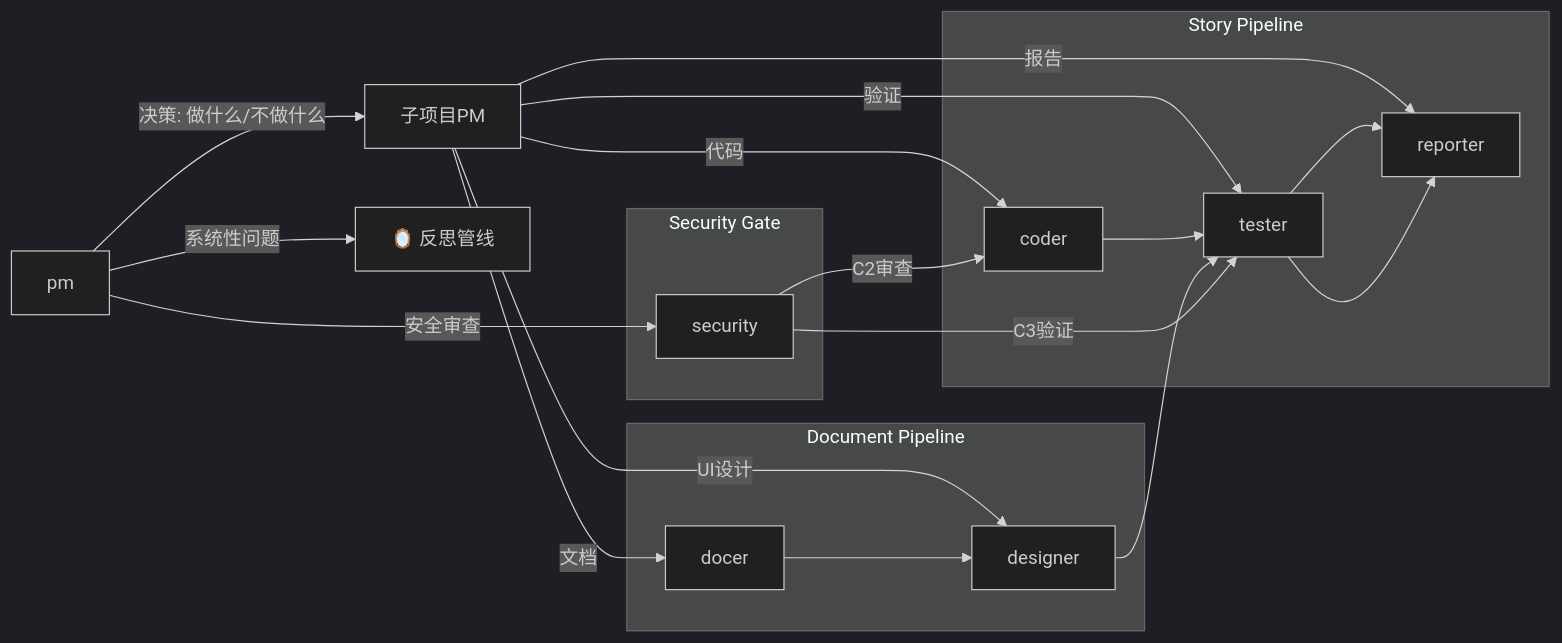
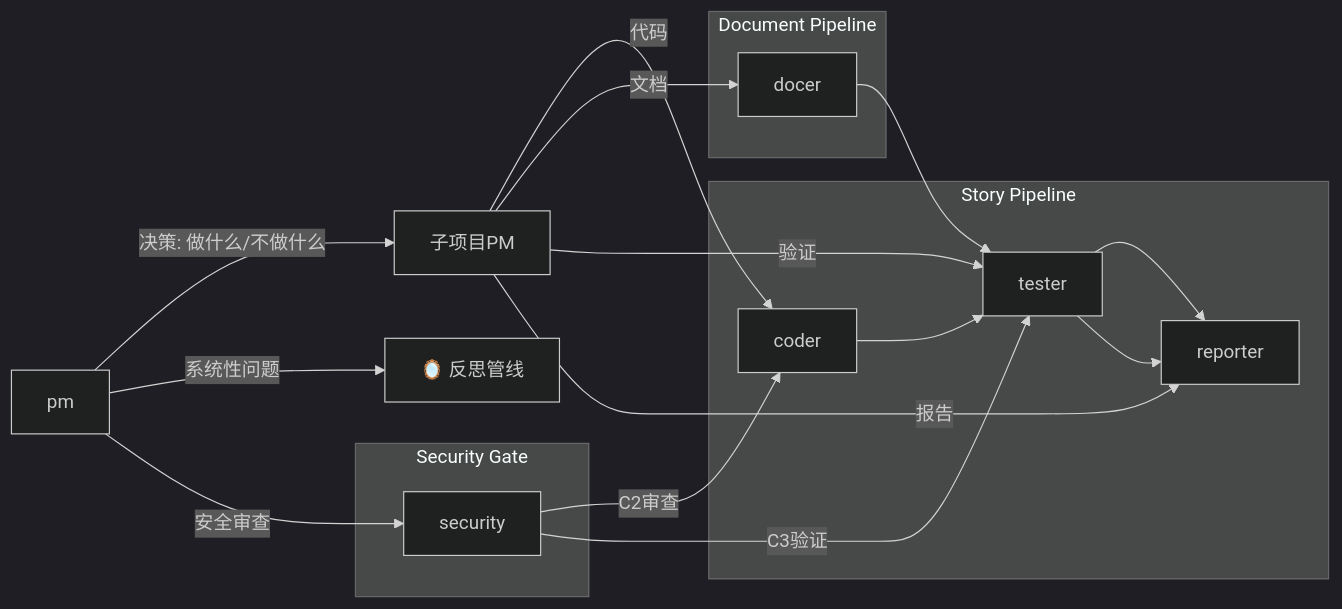
One commit to effiy/YrY changed the diagram in agents/AGENT.md. Above: the diagram before and after it, drawn with Mermaid (dark theme). The commit also changed other lines of this file and 6 other files, not shown here.

````diff
--- a/agents/AGENT.md
+++ b/agents/AGENT.md
@@ -5,22 +5,21 @@
 ```mermaid
 graph LR
     pm -->|决策: 做什么/不做什么| SUB["子项目PM"]
     pm -->|系统性问题| S_REFLECT["🪞 反思管线"]
     SUB -->|代码| coder
     SUB -->|文档| docer
     SUB -->|验证| tester
-    SUB -->|UI设计| designer
     SUB -->|报告| reporter
     pm -->|安全审查| security
 
     subgraph "Story Pipeline"
         coder --> tester --> reporter
     end
     subgraph "Document Pipeline"
-        docer --> designer --> tester --> reporter
+        docer --> tester --> reporter
     end
     subgraph "Security Gate"
         security -->|C2审查| coder
         security -->|C3验证| tester
     end
 ```
````
